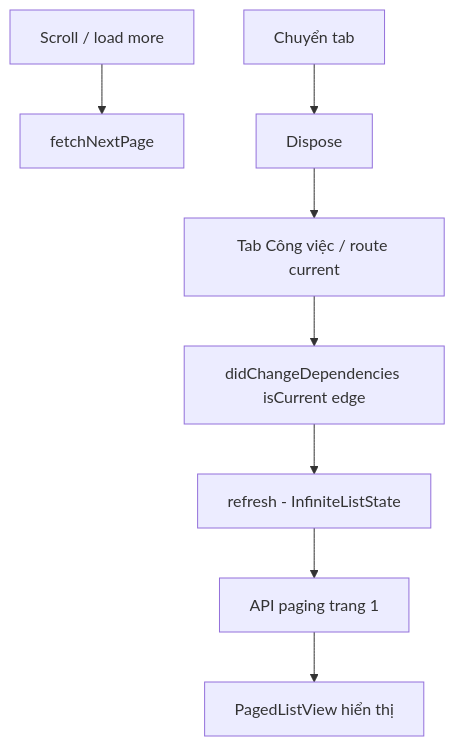
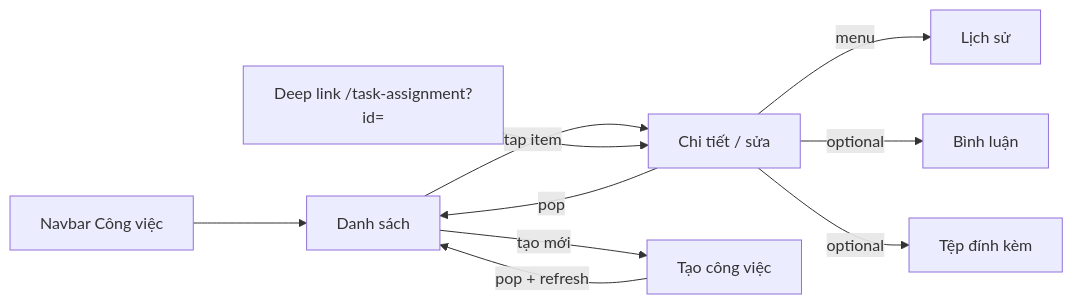
The diagram in Supa/docs/cong-viec/README.md (trantienhd97/TiTi_Books), drawn with Mermaid before and after one commit. The commit also changed other lines of this file and 76 other files, not shown here.

````diff
--- a/Supa/docs/cong-viec/README.md
+++ b/Supa/docs/cong-viec/README.md
@@ -95,10 +57,12 @@
 ```mermaid
-flowchart TD
-  A[Tab Công việc / route current] --> B[didChangeDependencies isCurrent edge]
-  B --> C[refresh - InfiniteListState]
-  C --> D[API paging trang 1]
-  D --> E[PagedListView hiển thị]
-  F[Scroll / load more] --> G[fetchNextPage]
-  H[Chuyển tab] --> I[Dispose]
-  I --> A
+flowchart LR
+  Tab[Navbar Công việc] --> List[Danh sách]
+  List -->|tap item| Edit[Chi tiết / sửa]
+  List -->|tạo mới| Form[Tạo công việc]
+  Form -->|pop + refresh| List
+  Edit -->|menu| History[Lịch sử]
+  Edit -->|optional| Comment[Bình luận]
+  Edit -->|optional| Files[Tệp đính kèm]
+  Edit -->|pop| List
+  Deep[Deep link /task-assignment?id=] --> Edit
 ```
````
